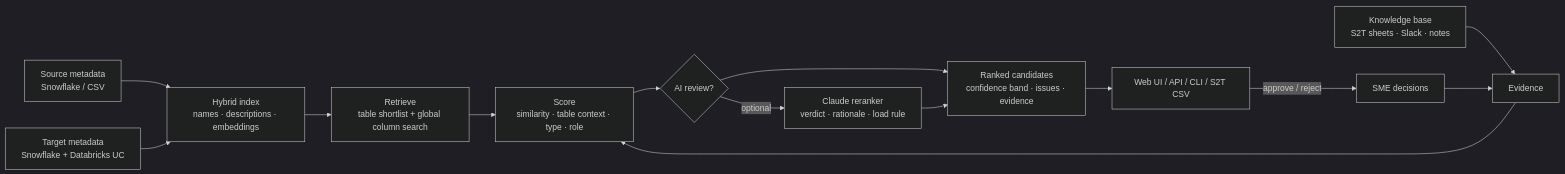
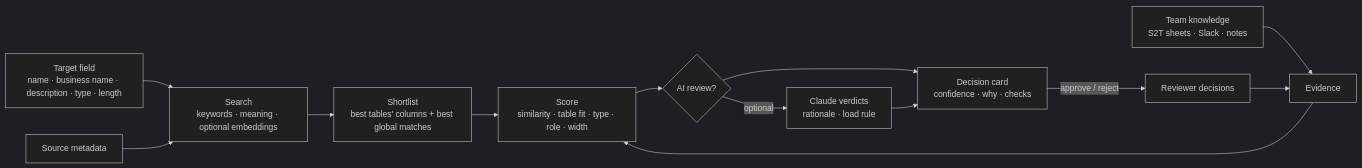
The diagram in README.md (sidbhaumik/schema-compass-ai), drawn with Mermaid (dark theme) before and after one commit. The commit also changed other lines of this file and 2 other files, not shown here.

````diff
--- a/README.md
+++ b/README.md
@@ -7,16 +239,15 @@
 ```mermaid
 flowchart LR
-    S[Source metadata<br/>Snowflake / CSV] --> I[Hybrid index<br/>names · descriptions · embeddings]
-    T[Target metadata<br/>Snowflake + Databricks UC] --> I
-    I --> R[Retrieve<br/>table shortlist + global column search]
-    K[Knowledge base<br/>S2T sheets · Slack · notes] --> E[Evidence]
-    F[SME decisions] --> E
-    R --> SC[Score<br/>similarity · table context · type · role]
+    T[Target field<br/>name · business name · description · type · length] --> R
+    S[Source metadata] --> R[Search<br/>keywords · meaning · optional embeddings]
+    R --> SL[Shortlist<br/>best tables' columns + best global matches]
+    K[Team knowledge<br/>S2T sheets · Slack · notes] --> E[Evidence]
+    F[Reviewer decisions] --> E
+    SL --> SC[Score<br/>similarity · table fit · type · role · width]
     E --> SC
-    SC --> L{AI review?}
-    L -- optional --> C[Claude reranker<br/>verdict · rationale · load rule]
-    L --> O[Ranked candidates<br/>confidence band · issues · evidence]
-    C --> O
-    O --> UI[Web UI / API / CLI / S2T CSV]
-    UI -- approve / reject --> F
+    SC --> AI{AI review?}
+    AI -- optional --> C[Claude verdicts<br/>rationale · load rule]
+    AI --> D[Decision card<br/>confidence · why · checks]
+    C --> D
+    D -- approve / reject --> F
 ```
````
